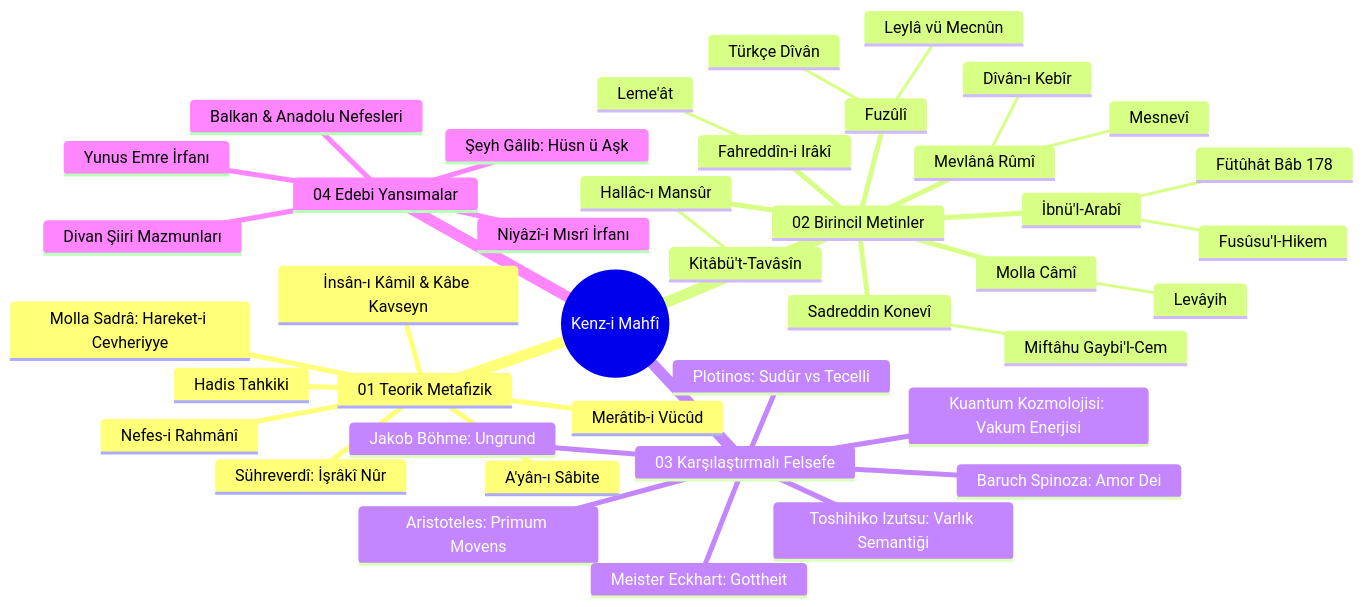
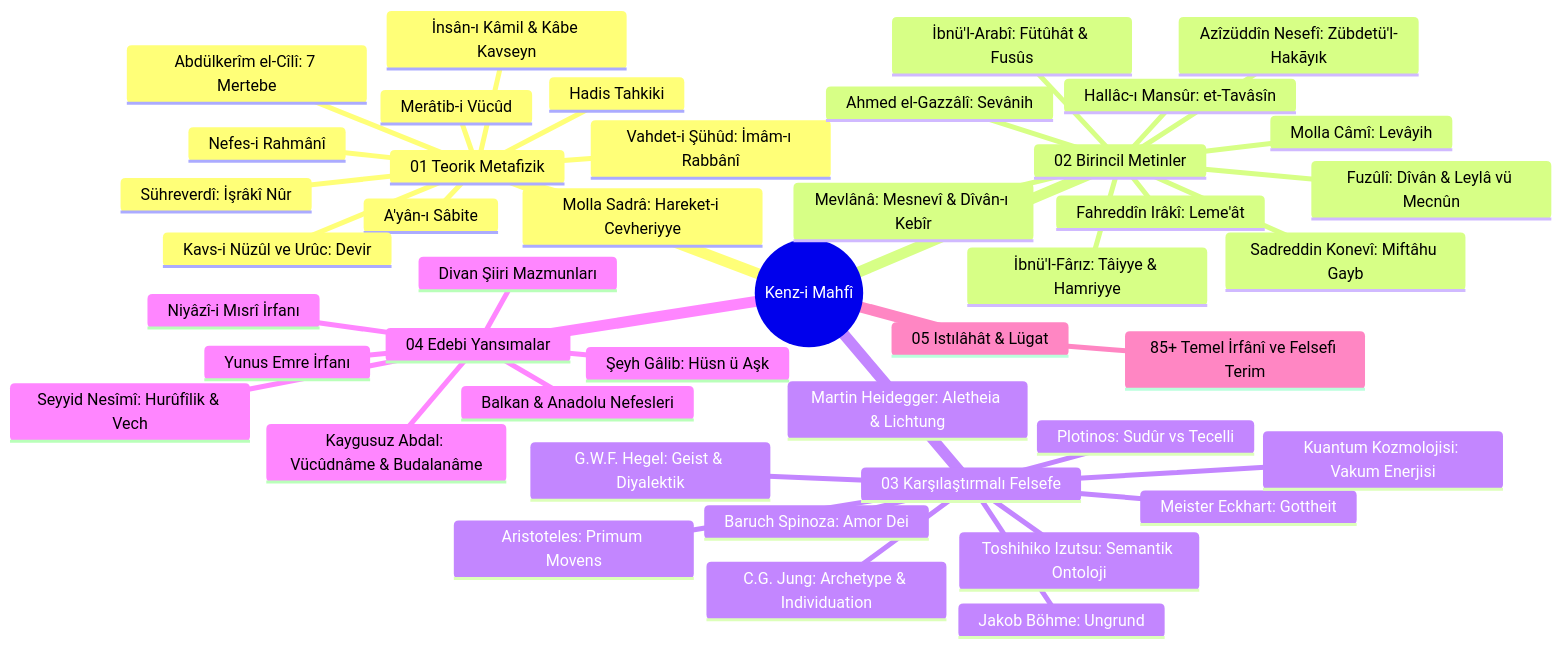
The diagram in docs/INDEX.md (arch-yunus/kenz-i-mahfi), drawn with Mermaid before and after one commit. The commit also changed other lines of this file and 21 other files, not shown here.

````diff
--- a/docs/INDEX.md
+++ b/docs/INDEX.md
@@ -15,44 +15,47 @@
 ```mermaid
 mindmap
   root((Kenz-i Mahfî))
     01 Teorik Metafizik
       Hadis Tahkiki
       Merâtib-i Vücûd
       A'yân-ı Sâbite
       Nefes-i Rahmânî
       Molla Sadrâ: Hareket-i Cevheriyye
       Sühreverdî: İşrâkî Nûr
       İnsân-ı Kâmil & Kâbe Kavseyn
+      Abdülkerîm el-Cîlî: 7 Mertebe
+      Kavs-i Nüzûl ve Urûc: Devir
+      Vahdet-i Şühûd: İmâm-ı Rabbânî
     02 Birincil Metinler
-      İbnü'l-Arabî
-        Fütûhât Bâb 178
-        Fusûsu'l-Hikem
-      Sadreddin Konevî
-        Miftâhu Gaybi'l-Cem
-      Hallâc-ı Mansûr
-        Kitâbü't-Tavâsîn
-      Mevlânâ Rûmî
-        Mesnevî
-        Dîvân-ı Kebîr
-      Fahreddîn-i Irâkî
-        Leme'ât
-      Molla Câmî
-        Levâyih
-      Fuzûlî
-        Türkçe Dîvân
-        Leylâ vü Mecnûn
+      İbnü'l-Arabî: Fütûhât & Fusûs
+      Sadreddin Konevî: Miftâhu Gayb
+      Hallâc-ı Mansûr: et-Tavâsîn
+      İbnü'l-Fârız: Tâiyye & Hamriyye
+      Azîzüddîn Nesefî: Zübdetü'l-Hakāyık
+      Ahmed el-Gazzâlî: Sevânih
+      Mevlânâ: Mesnevî & Dîvân-ı Kebîr
+      Fahreddîn Irâkî: Leme'ât
+      Molla Câmî: Levâyih
+      Fuzûlî: Dîvân & Leylâ vü Mecnûn
     03 Karşılaştırmalı Felsefe
       Aristoteles: Primum Movens
       Plotinos: Sudûr vs Tecelli
       Meister Eckhart: Gottheit
       Jakob Böhme: Ungrund
       Baruch Spinoza: Amor Dei
-      Toshihiko Izutsu: Varlık Semantiği
+      G.W.F. Hegel: Geist & Diyalektik
+      Martin Heidegger: Aletheia & Lichtung
+      C.G. Jung: Archetype & Individuation
+      Toshihiko Izutsu: Semantik Ontoloji
       Kuantum Kozmolojisi: Vakum Enerjisi
     04 Edebi Yansımalar
       Divan Şiiri Mazmunları
       Şeyh Gâlib: Hüsn ü Aşk
+      Seyyid Nesîmî: Hurûfîlik & Vech
+      Kaygusuz Abdal: Vücûdnâme & Budalanâme
       Niyâzî-i Mısrî İrfanı
       Yunus Emre İrfanı
       Balkan & Anadolu Nefesleri
+    05 Istılâhât & Lügat
+      85+ Temel İrfânî ve Felsefi Terim
 ```
````
